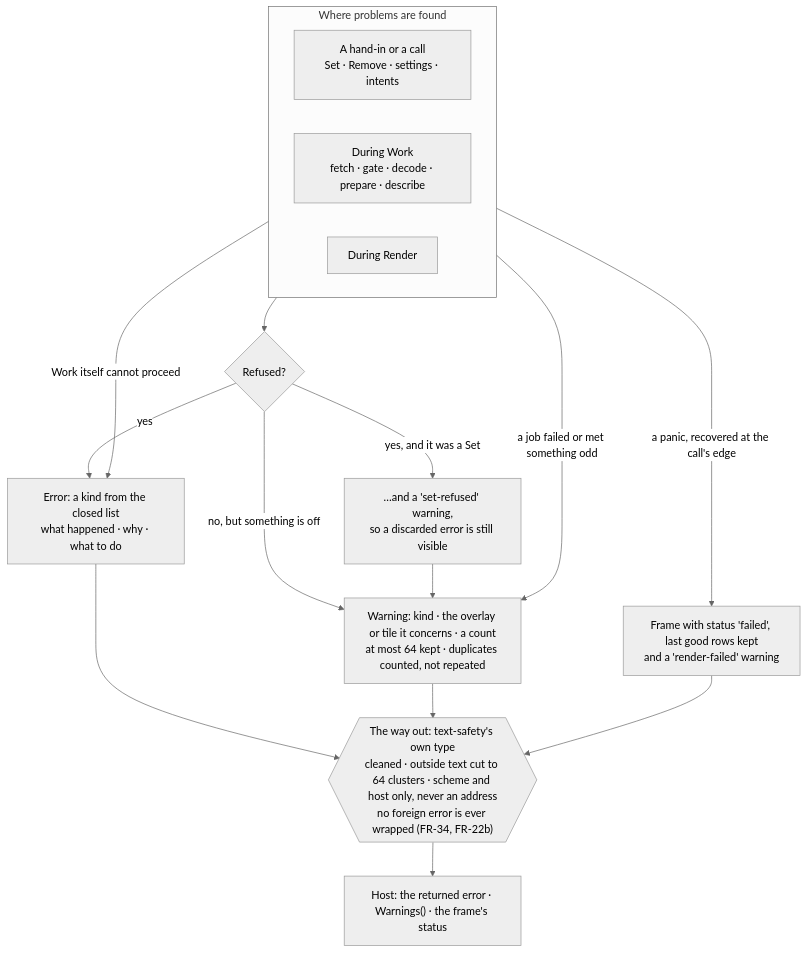
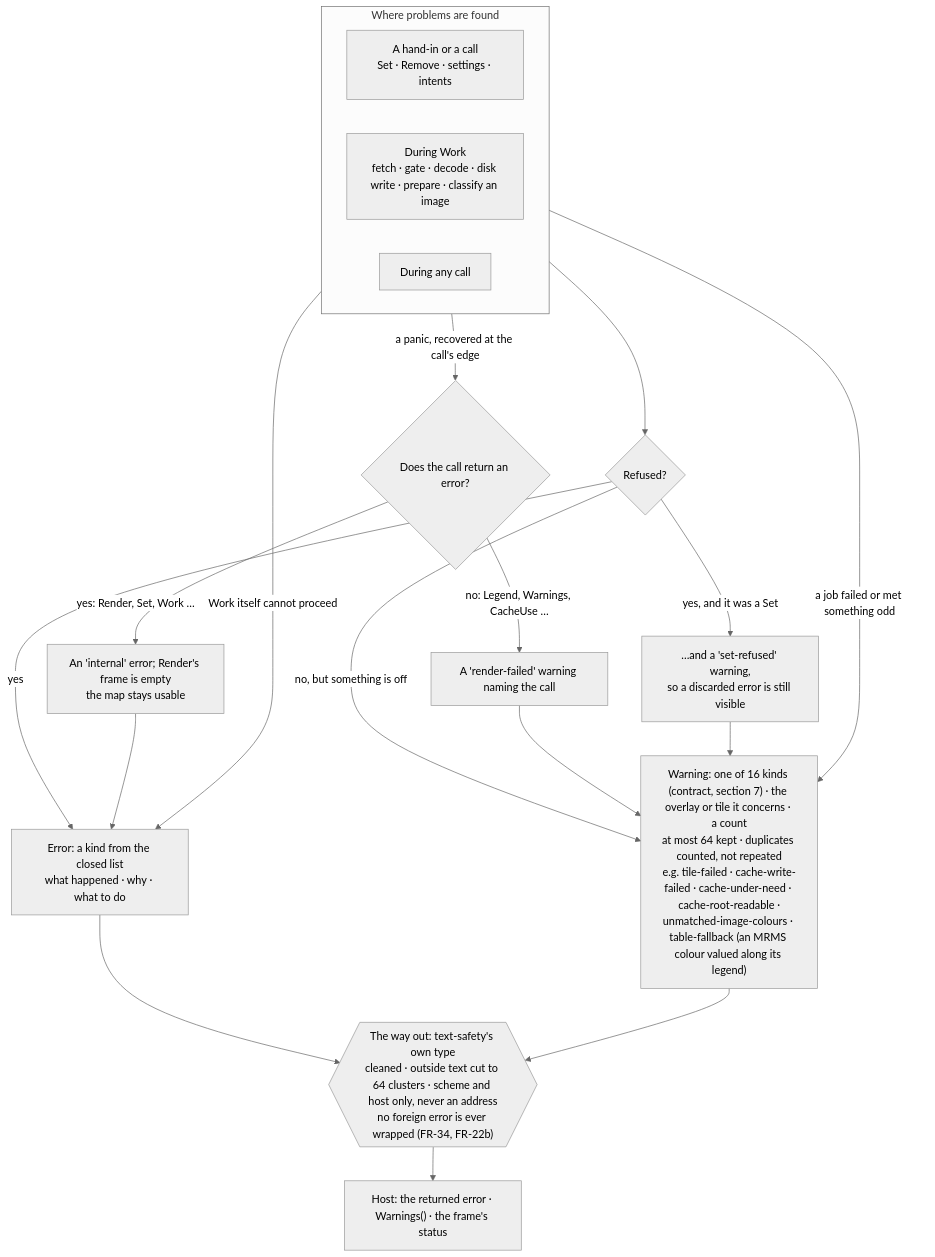
The diagram in 06_docs/02_features/go-tuimaps/03-architecture-design/L2-errors.md (branden-thompson/go-tuimaps), drawn with Mermaid (neutral theme) before and after one commit. The commit also changed other lines of this file and 544 other files, not shown here.

````diff
--- a/06_docs/02_features/go-tuimaps/03-architecture-design/L2-errors.md
+++ b/06_docs/02_features/go-tuimaps/03-architecture-design/L2-errors.md
@@ -7,22 +9,25 @@
 ```mermaid
 flowchart TB
     subgraph IN["Where problems are found"]
       direction LR
       H["A hand-in or a call<br/>Set · Remove · settings · intents"]
-      W["During Work<br/>fetch · gate · decode · prepare · describe"]
-      R["During Render"]
+      W["During Work<br/>fetch · gate · decode · disk write · prepare · classify an image"]
+      R["During any call"]
     end
     H --> REF{"Refused?"}
     REF -- yes --> ERR["Error: a kind from the closed list<br/>what happened · why · what to do"]
     REF -- "yes, and it was a Set" --> ALSO["…and a 'set-refused' warning,<br/>so a discarded error is still visible"]
     REF -- "no, but something is off" --> WARN
-    W -- "a job failed or met something odd" --> WARN["Warning: kind · the overlay or tile it concerns · a count<br/>at most 64 kept · duplicates counted, not repeated"]
+    W -- "a job failed or met something odd" --> WARN["Warning: one of 16 kinds (contract, section 7) · the overlay or tile it concerns · a count<br/>at most 64 kept · duplicates counted, not repeated<br/>e.g. tile-failed · cache-write-failed · cache-under-need · cache-root-readable ·<br/>unmatched-image-colours · table-fallback (an MRMS colour valued along its legend)"]
     W -- "Work itself cannot proceed" --> ERR
-    R -- "a panic, recovered at the call's edge" --> FAILF["Frame with status 'failed', last good rows kept<br/>and a 'render-failed' warning"]
+    R -- "a panic, recovered at the call's edge" --> FAILF{"Does the call return an error?"}
+    FAILF -- "yes: Render, Set, Work …" --> PANICE["An 'internal' error; Render's frame is empty<br/>the map stays usable"]
+    FAILF -- "no: Legend, Warnings, CacheUse …" --> PANICW["A 'render-failed' warning naming the call"]
+    PANICE --> ERR
+    PANICW --> WARN
     ERR --> SAFE
     WARN --> SAFE
     ALSO --> WARN
-    FAILF --> SAFE
     SAFE{{"The way out: text-safety's own type<br/>cleaned · outside text cut to 64 clusters · scheme and host only, never an address<br/>no foreign error is ever wrapped (FR-34, FR-22b)"}}
     SAFE --> HOST["Host: the returned error · Warnings() · the frame's status"]
 ```
````
